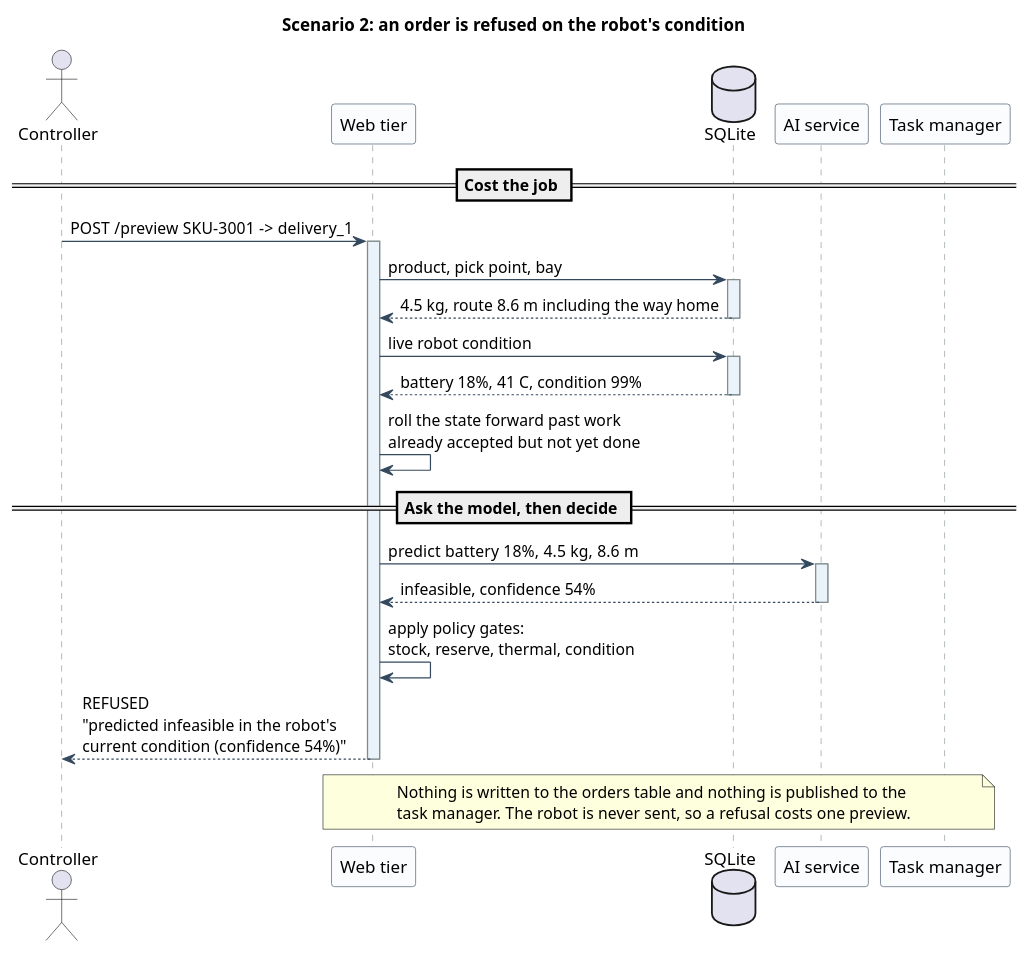
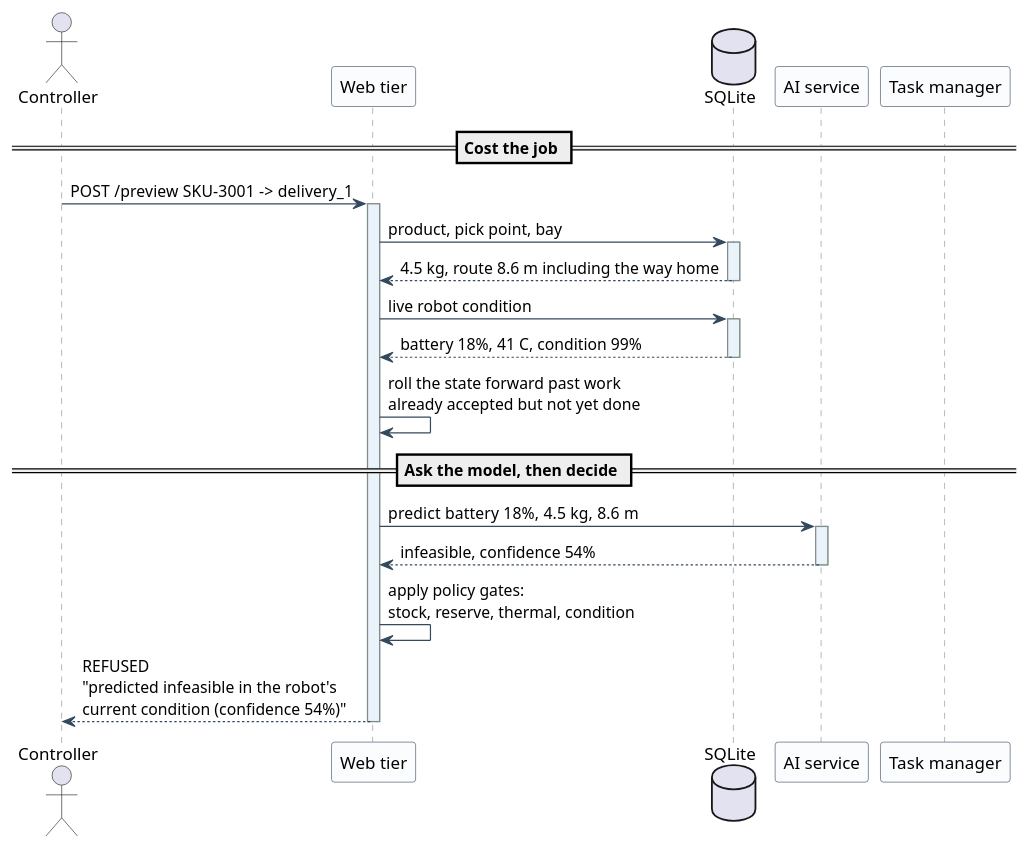
One commit to ArianShafagh/robofetch changed the diagram in report/uml/11-sequence-order-refused.puml. Above: the diagram before and after it, drawn with PlantUML. The commit also changed 24 other files, not shown here.

First line of the commit message:
Diagrams: drop the titles and the prose, explain them in the report instead

```diff
--- a/report/uml/11-sequence-order-refused.puml
+++ b/report/uml/11-sequence-order-refused.puml
@@ -7,39 +7,33 @@
 @startuml
 skinparam backgroundColor White
 skinparam shadowing false
 skinparam sequence {
   ArrowColor #34495E
   LifeLineBorderColor #7F8C8D
   ParticipantBorderColor #34495E
   ParticipantBackgroundColor #FBFCFE
   LifeLineBackgroundColor #EAF2FA
 }
 
-title Scenario 2: an order is refused on the robot's condition
 
 actor Controller as C
 participant "Web tier" as API
 database "SQLite" as DB
 participant "AI service" as AI
 participant "Task manager" as TM
 
 == Cost the job ==
 C -> API ++ : POST /preview  SKU-3001 -> delivery_1
 API -> DB ++ : product, pick point, bay
 DB --> API -- : 4.5 kg, route 8.6 m including the way home
 API -> DB ++ : live robot condition
 DB --> API -- : battery 18%, 41 C, condition 99%
 API -> API : roll the state forward past work\nalready accepted but not yet done
 
 == Ask the model, then decide ==
 API -> AI ++ : predict  battery 18%, 4.5 kg, 8.6 m
 AI --> API -- : infeasible, confidence 54%
 API -> API : apply policy gates:\nstock, reserve, thermal, condition
 API --> C -- : REFUSED\n"predicted infeasible in the robot's\ncurrent condition (confidence 54%)"
 
-note over API, TM
-  Nothing is written to the orders table and nothing is published to the
-  task manager. The robot is never sent, so a refusal costs one preview.
-end note
-
 @enduml
```
